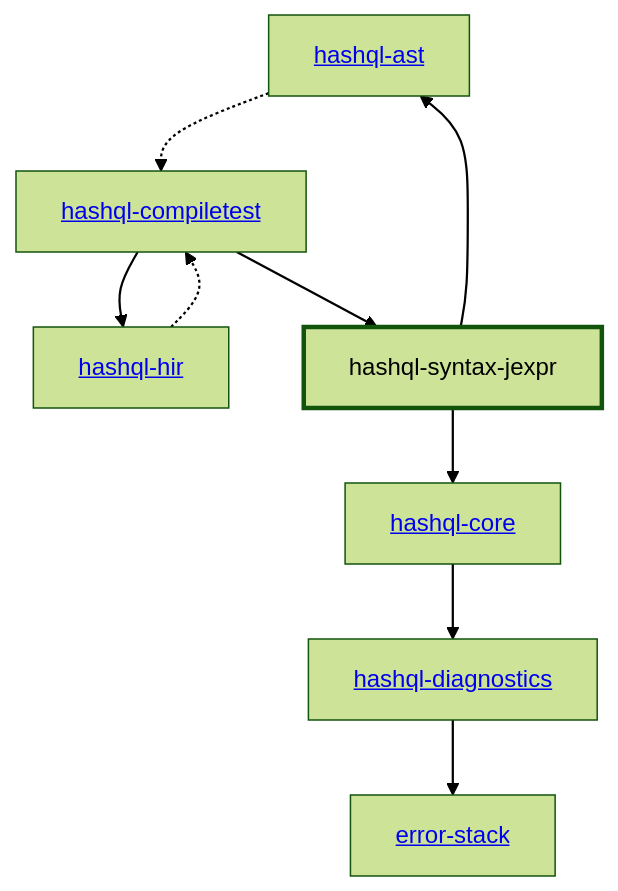
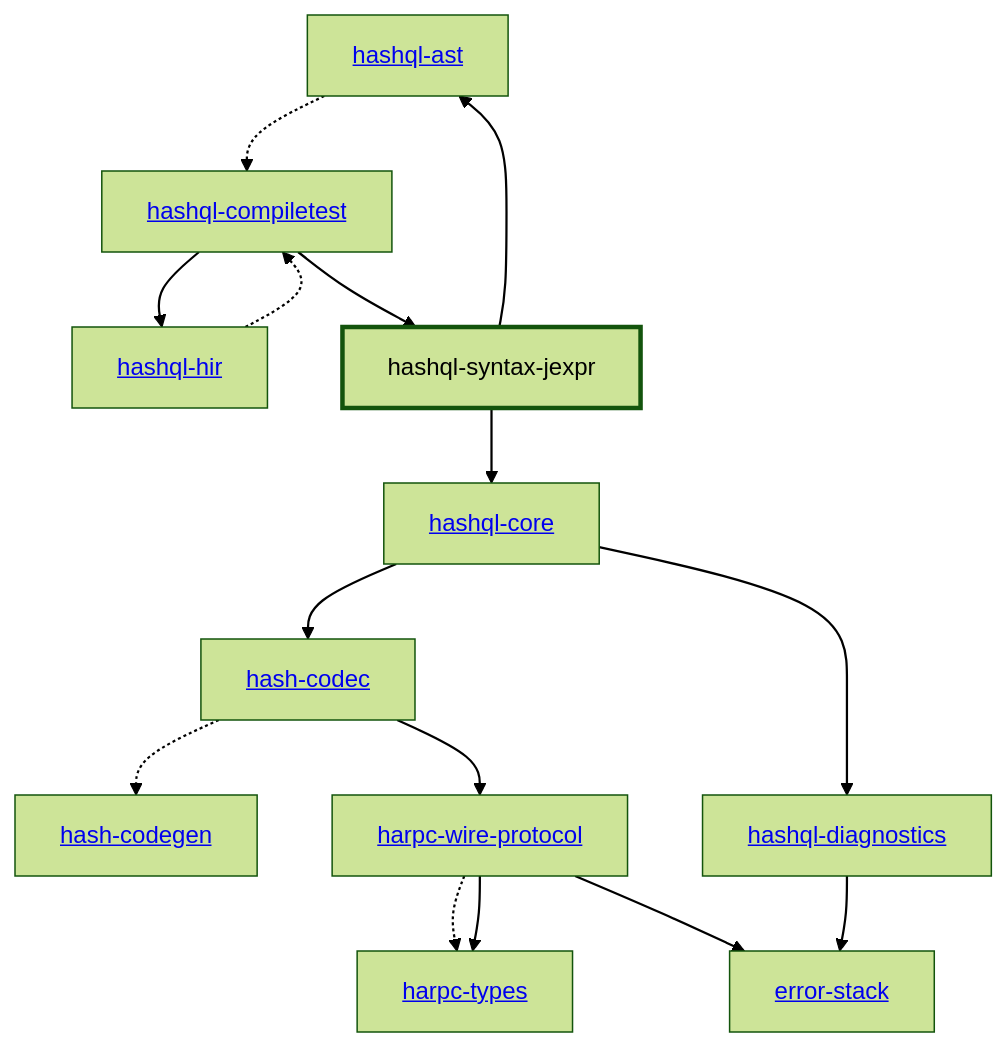
One commit to hashintel/hash changed the diagram in libs/@local/hashql/syntax-jexpr/docs/dependency-diagram.mmd. Above: the diagram before and after it, drawn with Mermaid (forest theme). The commit also changed 8 other files, not shown here.

Commit message:
fix: dependency diagram

```diff
--- a/libs/@local/hashql/syntax-jexpr/docs/dependency-diagram.mmd
+++ b/libs/@local/hashql/syntax-jexpr/docs/dependency-diagram.mmd
@@ -1,26 +1,36 @@
 graph TD
     linkStyle default stroke-width:1.5px
     classDef default stroke-width:1px
     classDef root stroke-width:3px
     classDef dev stroke-width:1px
     classDef build stroke-width:1px
     %% Legend
     %% --> : Normal dependency
     %% -.-> : Dev dependency
     %% ---> : Build dependency
-    0[<a href="../hashql_ast">hashql-ast</a>]
-    1[<a href="../hashql_compiletest">hashql-compiletest</a>]
-    2[<a href="../hashql_core">hashql-core</a>]
-    3[<a href="../hashql_diagnostics">hashql-diagnostics</a>]
-    4[<a href="../hashql_hir">hashql-hir</a>]
-    5[hashql-syntax-jexpr]
-    class 5 root
-    6[<a href="../error_stack">error-stack</a>]
+    0[<a href="../hash_codec">hash-codec</a>]
+    1[<a href="../hash_codegen">hash-codegen</a>]
+    2[<a href="../harpc_types">harpc-types</a>]
+    3[<a href="../harpc_wire_protocol">harpc-wire-protocol</a>]
+    4[<a href="../hashql_ast">hashql-ast</a>]
+    5[<a href="../hashql_compiletest">hashql-compiletest</a>]
+    6[<a href="../hashql_core">hashql-core</a>]
+    7[<a href="../hashql_diagnostics">hashql-diagnostics</a>]
+    8[<a href="../hashql_hir">hashql-hir</a>]
+    9[hashql-syntax-jexpr]
+    class 9 root
+    10[<a href="../error_stack">error-stack</a>]
     0 -.-> 1
-    1 --> 4
-    1 --> 5
-    2 --> 3
-    3 --> 6
-    4 -.-> 1
-    5 --> 0
-    5 --> 2
+    0 --> 3
+    3 -.-> 2
+    3 --> 2
+    3 --> 10
+    4 -.-> 5
+    5 --> 8
+    5 --> 9
+    6 --> 0
+    6 --> 7
+    7 --> 10
+    8 -.-> 5
+    9 --> 4
+    9 --> 6
```
